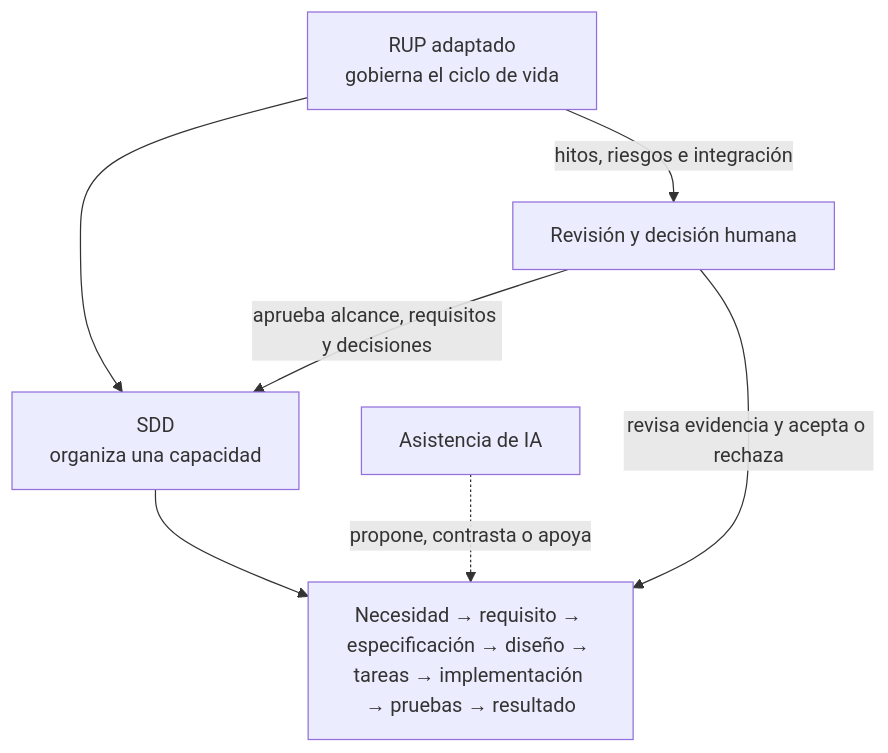
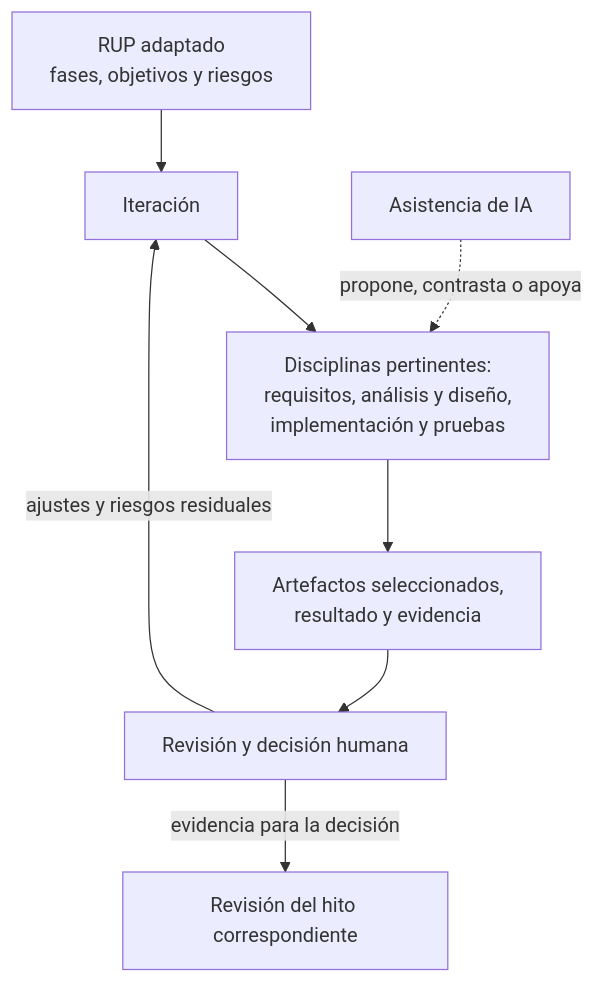
One commit to R3foresta/r3foresta-docs changed the sixth of 6 diagrams in documentacion-grado/06_entregables/proyecto_grado/02_capitulo_marco_teorico_conceptual.md. Above: the diagram before and after it, drawn with Mermaid. The commit also changed other lines of this file and 23 other files, not shown here.

Commit message:
docs: adoptar solo RUP en entregables del proyecto de grado

````diff
--- a/documentacion-grado/06_entregables/proyecto_grado/02_capitulo_marco_teorico_conceptual.md
+++ b/documentacion-grado/06_entregables/proyecto_grado/02_capitulo_marco_teorico_conceptual.md
@@ -431,9 +399,10 @@
 ```mermaid
 flowchart TB
-  RUP[RUP adaptado<br/>gobierna el ciclo de vida] --> SDD[SDD<br/>organiza una capacidad]
-  SDD --> CAD[Necesidad → requisito → especificación → diseño → tareas → implementación → pruebas → resultado]
-  IA[Asistencia de IA] -. propone, contrasta o apoya .-> CAD
-  HUM[Revisión y decisión humana] -->|aprueba alcance, requisitos y decisiones| SDD
-  HUM -->|revisa evidencia y acepta o rechaza| CAD
-  RUP -->|hitos, riesgos e integración| HUM
+  RUP[RUP adaptado<br/>fases, objetivos y riesgos] --> IT[Iteración]
+  IT --> DIS[Disciplinas pertinentes:<br/>requisitos, análisis y diseño,<br/>implementación y pruebas]
+  DIS --> ART[Artefactos seleccionados,<br/>resultado y evidencia]
+  IA[Asistencia de IA] -. propone, contrasta o apoya .-> DIS
+  ART --> HUM[Revisión y decisión humana]
+  HUM -->|ajustes y riesgos residuales| IT
+  HUM -->|evidencia para la decisión| HIT[Revisión del hito correspondiente]
 ```
````
